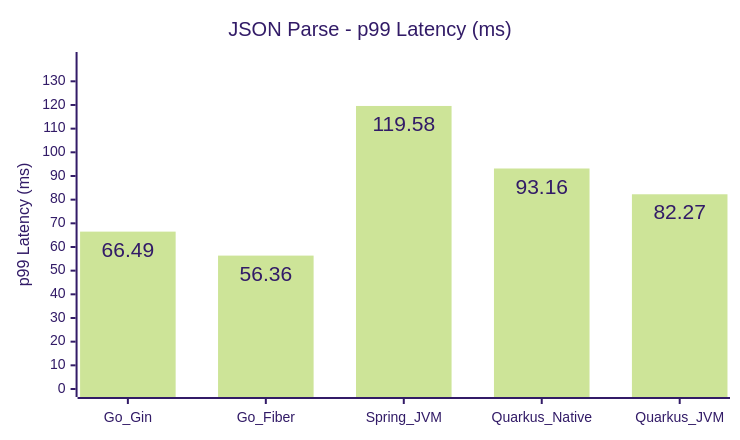
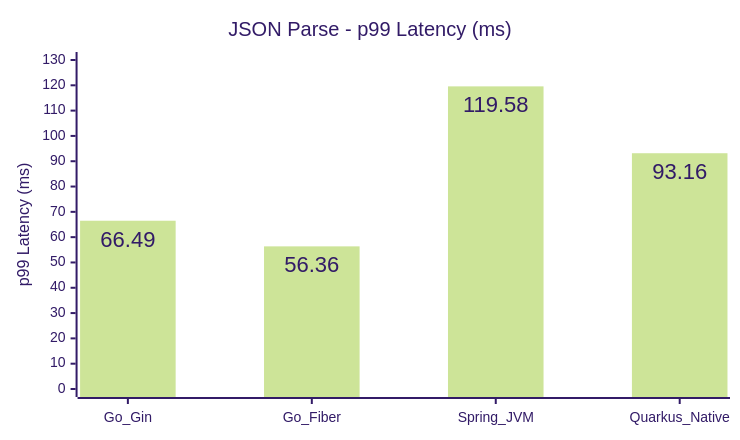
One commit to hiiamtin/go-vs-java changed the eighth of 15 diagrams in COMPARISON_REPORT.md. Above: the diagram before and after it, drawn with Mermaid (forest theme). The commit also changed other lines of this file and 90 other files, not shown here.

Commit message:
Remove Quarkus JVM variant and refresh benchmark results

````diff
--- a/COMPARISON_REPORT.md
+++ b/COMPARISON_REPORT.md
@@ -155,14 +159,14 @@
 ```mermaid
 ---
 config:
   xyChart:
     width: 720
     height: 420
     showDataLabel: true
 ---
 xychart
     title "JSON Parse - p99 Latency (ms)"
-    x-axis [Go_Gin, Go_Fiber, Spring_JVM, Quarkus_Native, Quarkus_JVM]
-    y-axis "p99 Latency (ms)" 0 --> 139
-    bar [66.49, 56.36, 119.58, 93.16, 82.27]
+    x-axis [Go_Gin, Go_Fiber, Spring_JVM, Quarkus_Native]
+    y-axis "p99 Latency (ms)" 0 --> 130
+    bar [66.49, 56.36, 119.58, 93.16]
 ```
````
